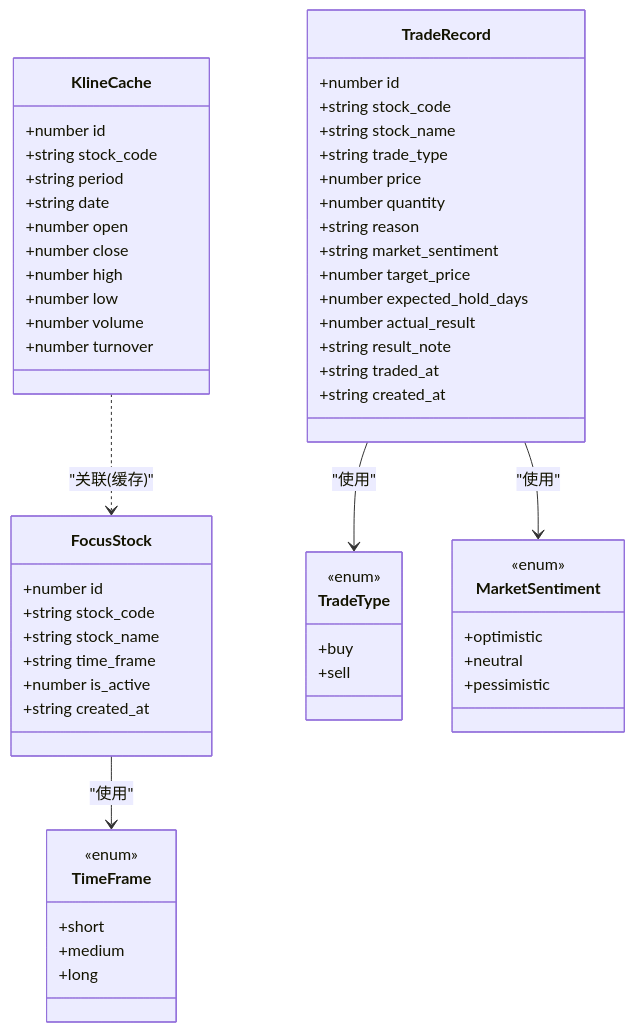
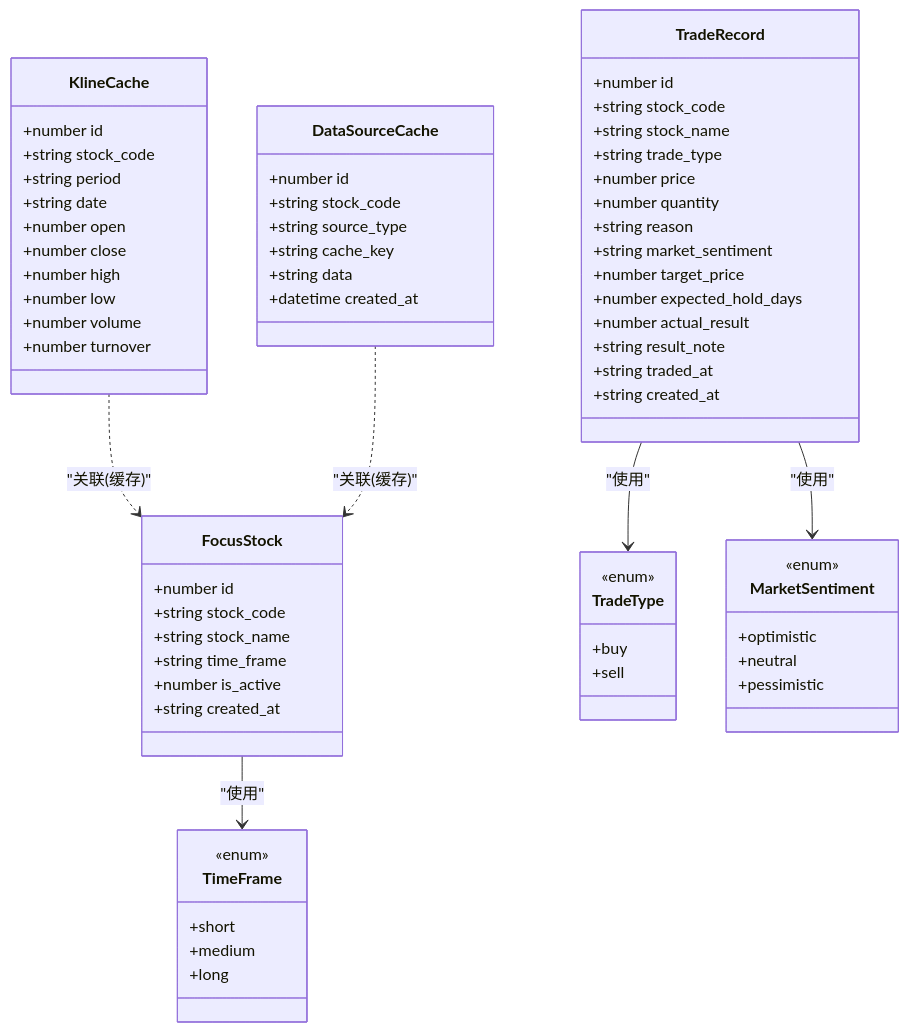
One commit to Moruime/stock_foker changed the third of 5 diagrams in .qoder/repowiki/zh/content/前端组件/服务层.md. Above: the diagram before and after it, drawn with Mermaid. The commit also changed other lines of this file and 37 other files, not shown here.

First line of the commit message:
docs(data_source): 新增数据源服务层及相关数据库结构文档

````diff
--- a/.qoder/repowiki/zh/content/前端组件/服务层.md
+++ b/.qoder/repowiki/zh/content/前端组件/服务层.md
@@ -139,60 +172,69 @@
 ```mermaid
 classDiagram
 class FocusStock {
 +number id
 +string stock_code
 +string stock_name
 +string time_frame
 +number is_active
 +string created_at
 }
 class TradeRecord {
 +number id
 +string stock_code
 +string stock_name
 +string trade_type
 +number price
 +number quantity
 +string reason
 +string market_sentiment
 +number target_price
 +number expected_hold_days
 +number actual_result
 +string result_note
 +string traded_at
 +string created_at
 }
 class KlineCache {
 +number id
 +string stock_code
 +string period
 +string date
 +number open
 +number close
 +number high
 +number low
 +number volume
 +number turnover
 }
+class DataSourceCache {
++number id
++string stock_code
++string source_type
++string cache_key
++string data
++datetime created_at
+}
 class TimeFrame {
 <<enum>>
 +short
 +medium
 +long
 }
 class TradeType {
 <<enum>>
 +buy
 +sell
 }
 class MarketSentiment {
 <<enum>>
 +optimistic
 +neutral
 +pessimistic
 }
 FocusStock --> TimeFrame : "使用"
 TradeRecord --> TradeType : "使用"
 TradeRecord --> MarketSentiment : "使用"
 KlineCache ..> FocusStock : "关联(缓存)"
+DataSourceCache ..> FocusStock : "关联(缓存)"
 ```
````
